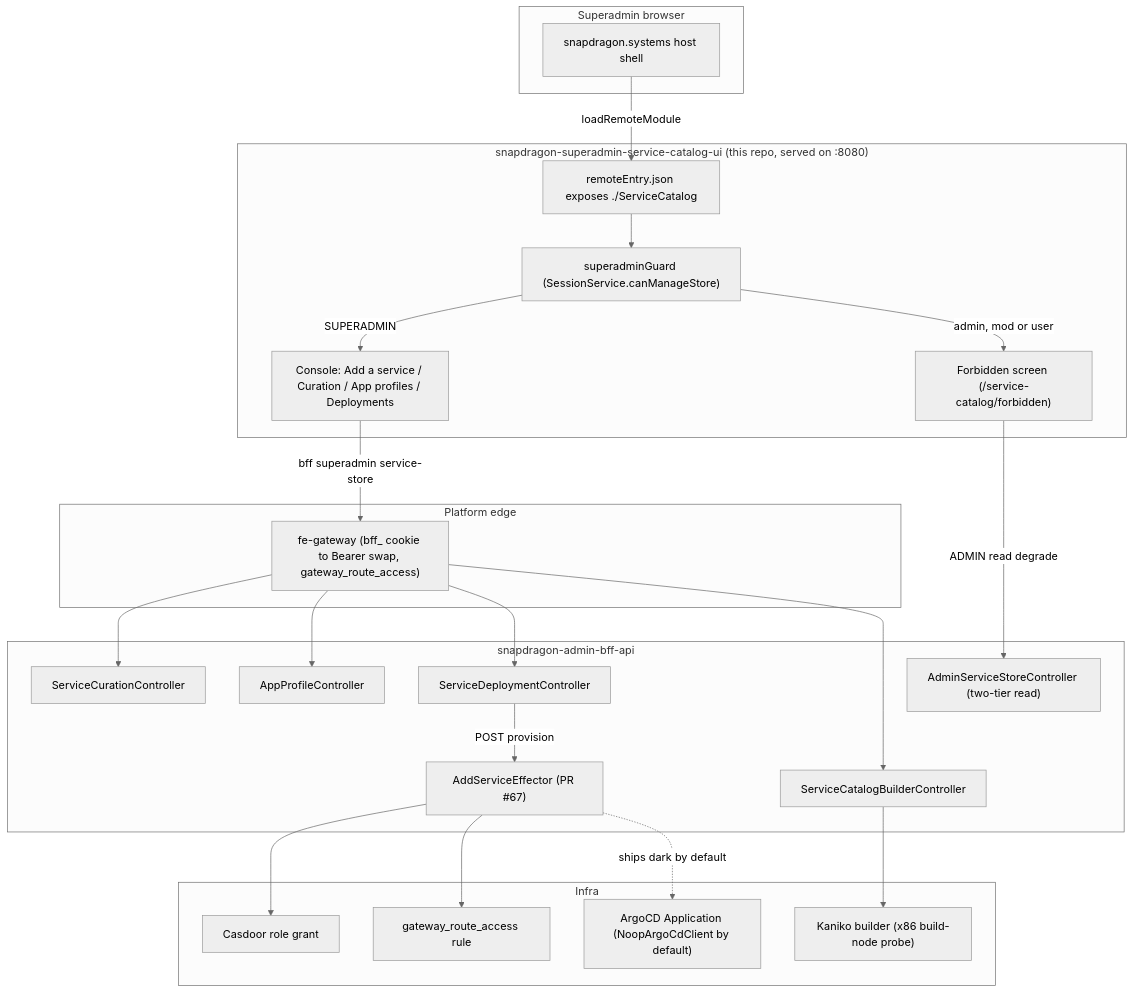
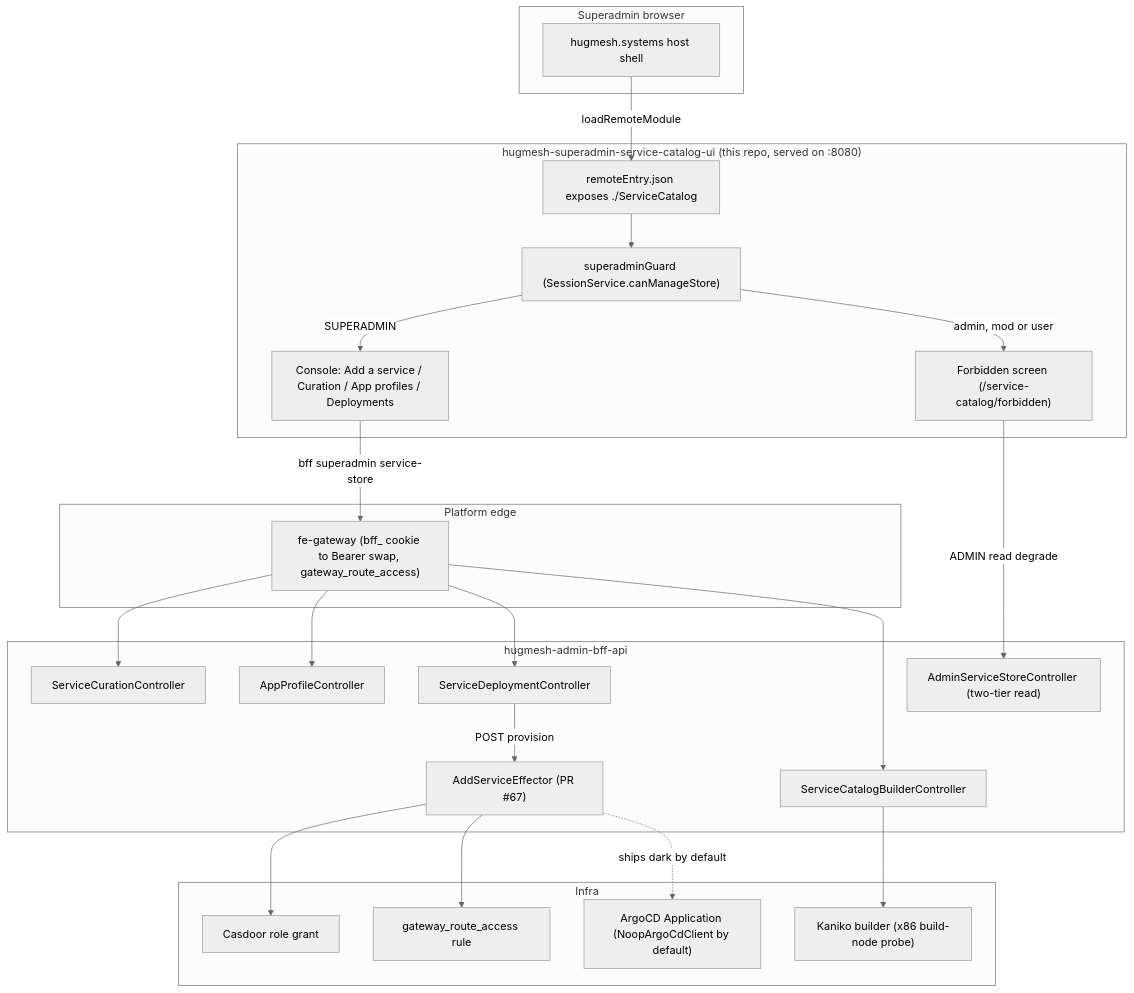
The diagram in README.md (hugmesh/hugmesh-superadmin-service-catalog-ui), drawn with Mermaid (neutral theme) before and after one commit. The commit also changed other lines of this file and 35 other files, not shown here.

First line of the commit message:
rebrand: Snapdragon -> HugMesh (code-level, this remote) (#22)

````diff
--- a/README.md
+++ b/README.md
@@ -45,50 +45,50 @@
 ```mermaid
 flowchart TD
     subgraph Browser["Superadmin browser"]
-        Host["snapdragon.systems host shell"]
+        Host["hugmesh.systems host shell"]
     end
 
-    subgraph Remote["snapdragon-superadmin-service-catalog-ui (this repo, served on :8080)"]
+    subgraph Remote["hugmesh-superadmin-service-catalog-ui (this repo, served on :8080)"]
         RE["remoteEntry.json exposes ./ServiceCatalog"]
         Guard["superadminGuard (SessionService.canManageStore)"]
         Console["Console: Add a service / Curation / App profiles / Deployments"]
         Forbidden["Forbidden screen (/service-catalog/forbidden)"]
     end
 
     subgraph Edge["Platform edge"]
         Gateway["fe-gateway (bff_ cookie to Bearer swap, gateway_route_access)"]
     end
 
-    subgraph BFF["snapdragon-admin-bff-api"]
+    subgraph BFF["hugmesh-admin-bff-api"]
         Curation["ServiceCurationController"]
         Profiles["AppProfileController"]
         Deploy["ServiceDeploymentController"]
         AdminRead["AdminServiceStoreController (two-tier read)"]
         BuilderCtl["ServiceCatalogBuilderController"]
         Effector["AddServiceEffector (PR #67)"]
     end
 
     subgraph Infra["Infra"]
         Casdoor["Casdoor role grant"]
         RouteAccess["gateway_route_access rule"]
         ArgoCD["ArgoCD Application (NoopArgoCdClient by default)"]
         Kaniko["Kaniko builder (x86 build-node probe)"]
     end
 
     Host -->|"loadRemoteModule"| RE
     RE --> Guard
     Guard -->|"SUPERADMIN"| Console
     Guard -->|"admin, mod or user"| Forbidden
     Forbidden -->|"ADMIN read degrade"| AdminRead
 
     Console -->|"bff superadmin service-store"| Gateway
     Gateway --> Curation
     Gateway --> Profiles
     Gateway --> Deploy
     Gateway --> BuilderCtl
     Deploy -->|"POST provision"| Effector
     Effector --> Casdoor
     Effector --> RouteAccess
     Effector -.->|"ships dark by default"| ArgoCD
     BuilderCtl --> Kaniko
 ```
````
